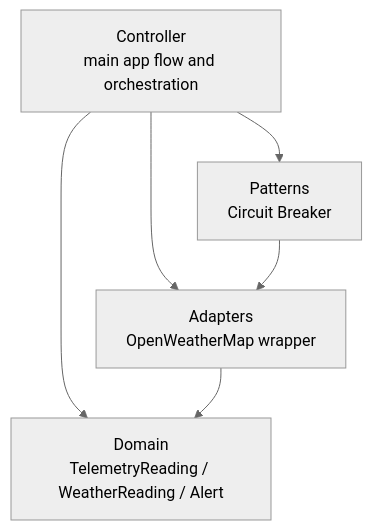
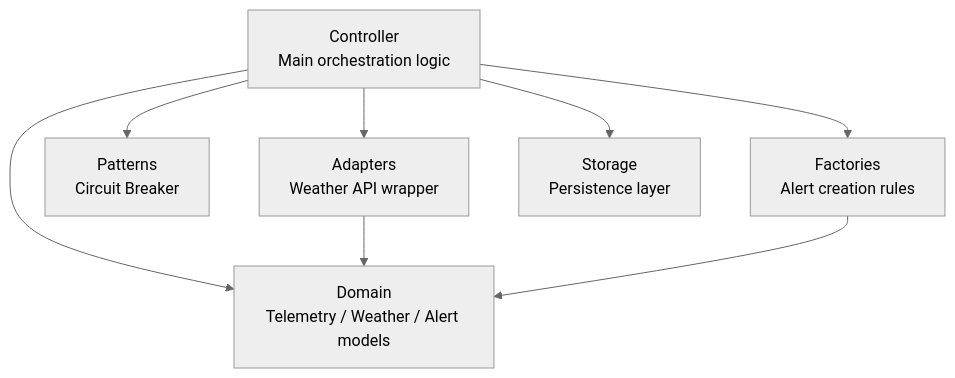
The first of 3 diagrams in docs/Milestone3-Architecture.md (thecybershotguy/envirosync), drawn with Mermaid (neutral theme) before and after one commit. The commit also changed other lines of this file and 2 other files, not shown here.

Commit message:
Split Milestone 3 architecture from Milestone 4 implementation documentation

````diff
--- a/docs/Milestone3-Architecture.md
+++ b/docs/Milestone3-Architecture.md
@@ -13,13 +13,17 @@
 ```mermaid
 flowchart TB
-    Controller["Controller<br/>main app flow and orchestration"]
-    Adapters["Adapters<br/>OpenWeatherMap wrapper"]
+    Controller["Controller<br/>Main orchestration logic"]
+    Adapters["Adapters<br/>Weather API wrapper"]
     Patterns["Patterns<br/>Circuit Breaker"]
-    Domain["Domain<br/>TelemetryReading / WeatherReading / Alert"]
+    Factories["Factories<br/>Alert creation rules"]
+    Domain["Domain<br/>Telemetry / Weather / Alert models"]
+    Storage["Storage<br/>Persistence layer"]
 
     Controller --> Adapters
     Controller --> Patterns
+    Controller --> Factories
     Controller --> Domain
+    Controller --> Storage
     Adapters --> Domain
-    Patterns --> Adapters
+    Factories --> Domain
 ```
````
